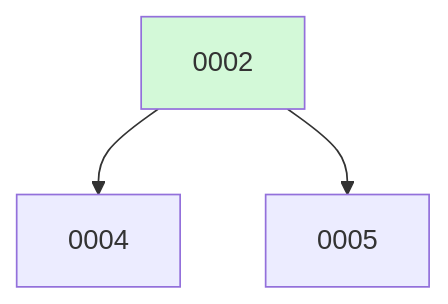
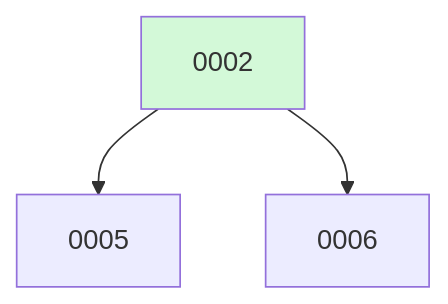
One commit to ethanhinson/fuse changed the diagram in docs/changes/BOARD.md. Above: the diagram before and after it, drawn with Mermaid. The commit also changed other lines of this file, not shown here.

````diff
--- a/docs/changes/BOARD.md
+++ b/docs/changes/BOARD.md
@@ -12,7 +12,7 @@
 ```mermaid
 graph TD
-  0002 --> 0004
   0002 --> 0005
+  0002 --> 0006
   0002:::done
   classDef done fill:#d3f9d8;
 ```
````
